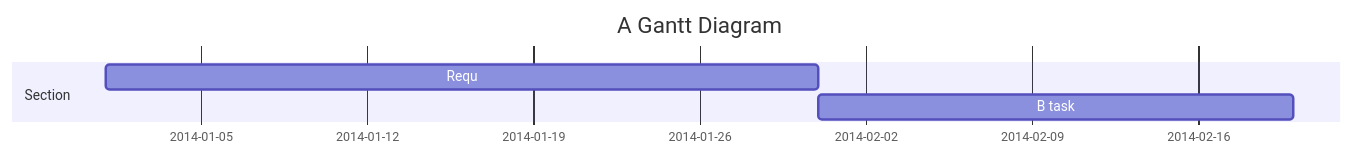
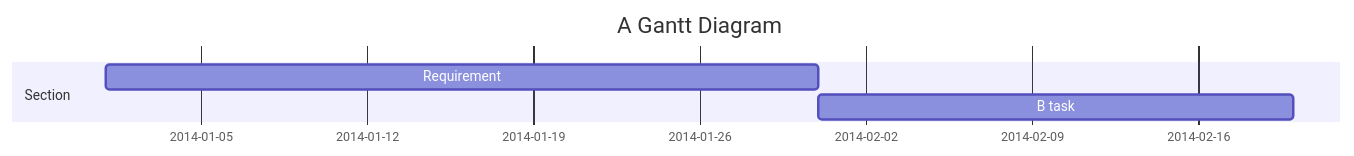
The diagram in all/Code Gantt Chart.md (sayshelley/iodraw-files), drawn with Mermaid before and after one commit.

Commit message:
2024-10-04 15:41:04 update

````diff
--- a/all/Code Gantt Chart.md
+++ b/all/Code Gantt Chart.md
@@ -1,10 +1,10 @@
 ```mermaid
 gantt
     title A Gantt Diagram
     dateFormat  YYYY-MM-DD
     section Section
-    Requ           :a1, 2014-01-01, 30d
+    Requirement           :a1, 2014-01-01, 30d
     B task     :a2, after a1  , 20d
 
    
 ```
````
